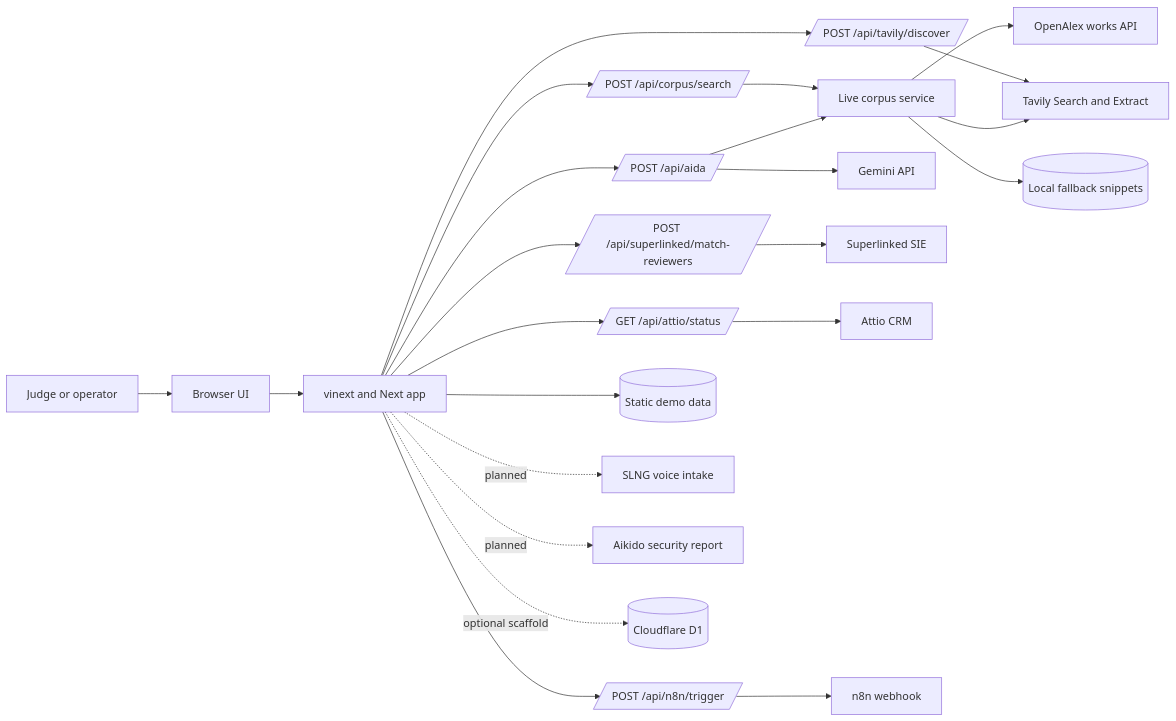
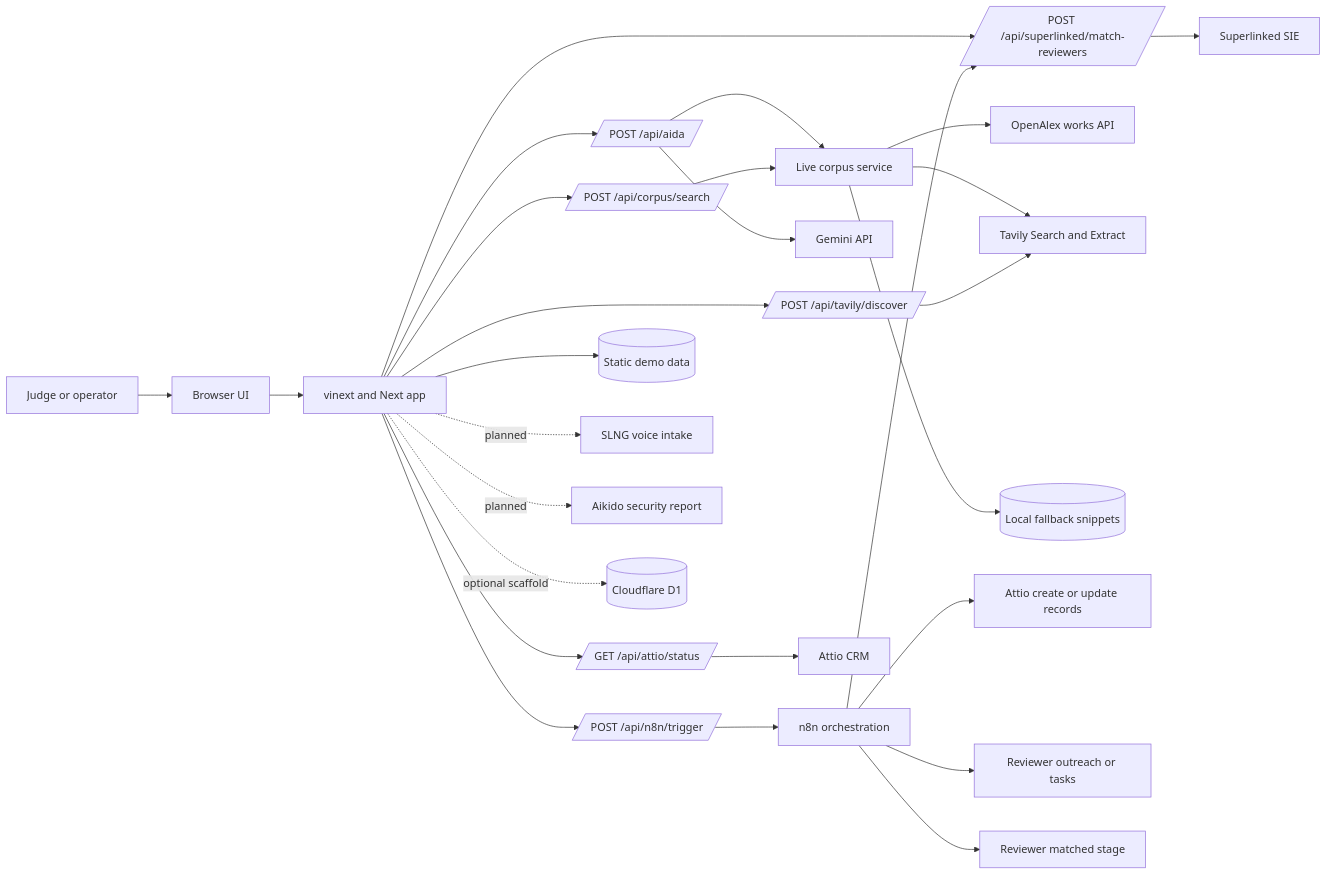
Before and after one commit to MasteraSnackin/Peerflow: the diagram in ARCHITECTURE.md, drawn with Mermaid. The commit also changed other lines of this file and 7 other files, not shown here.

````diff
--- a/ARCHITECTURE.md
+++ b/ARCHITECTURE.md
@@ -38,25 +40,29 @@
 ```mermaid
 flowchart LR
   Judge[Judge or operator] --> Browser[Browser UI]
   Browser --> App[vinext and Next app]
   App --> AidaRoute[/POST /api/aida/]
   App --> CorpusRoute[/POST /api/corpus/search/]
   App --> MatchRoute[/POST /api/superlinked/match-reviewers/]
   App --> AttioRoute[/GET /api/attio/status/]
   App --> N8nRoute[/POST /api/n8n/trigger/]
   App --> TavilyRoute[/POST /api/tavily/discover/]
   App --> StaticData[(Static demo data)]
   AidaRoute --> CorpusService[Live corpus service]
   CorpusRoute --> CorpusService
   CorpusService --> OpenAlex[OpenAlex works API]
   CorpusService --> Tavily[Tavily Search and Extract]
   CorpusService --> Fallback[(Local fallback snippets)]
   AidaRoute --> Gemini[Gemini API]
+  N8nRoute --> N8N[n8n orchestration]
+  N8N --> AttioWrite[Attio create or update records]
+  N8N --> MatchRoute
+  N8N --> Outreach[Reviewer outreach or tasks]
+  N8N --> Stage[Reviewer matched stage]
   MatchRoute --> SIE[Superlinked SIE]
   AttioRoute --> Attio[Attio CRM]
-  N8nRoute --> N8N[n8n webhook]
   TavilyRoute --> Tavily
   App -. planned .-> SLNG[SLNG voice intake]
   App -. planned .-> Aikido[Aikido security report]
   App -. optional scaffold .-> D1[(Cloudflare D1)]
 ```
````
